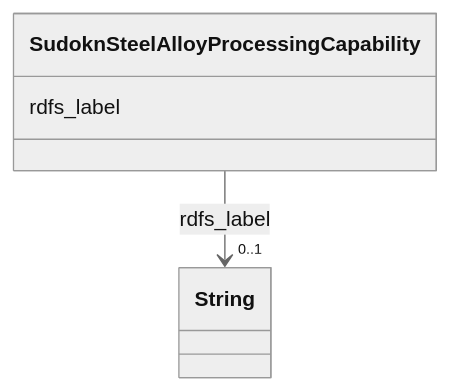
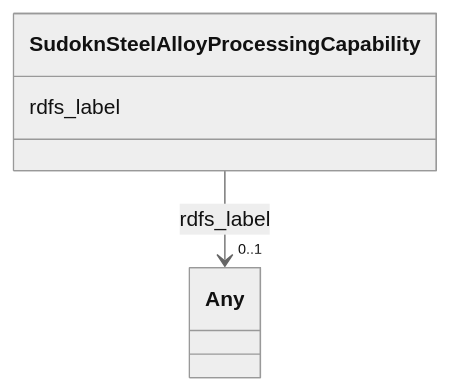
Before and after one commit to frink-okn/graph-descriptions: the diagram in sudokn-kg/classes/SudoknSteelAlloyProcessingCapability.md, drawn with Mermaid (neutral theme). The commit also changed other lines of this file and 903 other files, not shown here.

````diff
--- a/sudokn-kg/classes/SudoknSteelAlloyProcessingCapability.md
+++ b/sudokn-kg/classes/SudoknSteelAlloyProcessingCapability.md
@@ -23,15 +18,15 @@
 ```mermaid
  classDiagram
     class SudoknSteelAlloyProcessingCapability
     click SudoknSteelAlloyProcessingCapability href "../SudoknSteelAlloyProcessingCapability"
       SudoknSteelAlloyProcessingCapability : rdfs_label
         
           
     
     
-    SudoknSteelAlloyProcessingCapability --> "0..1" String : rdfs_label
-    click String href "../String"
+    SudoknSteelAlloyProcessingCapability --> "0..1" Any : rdfs_label
+    click Any href "../Any"
 
         
       
 ```
````
